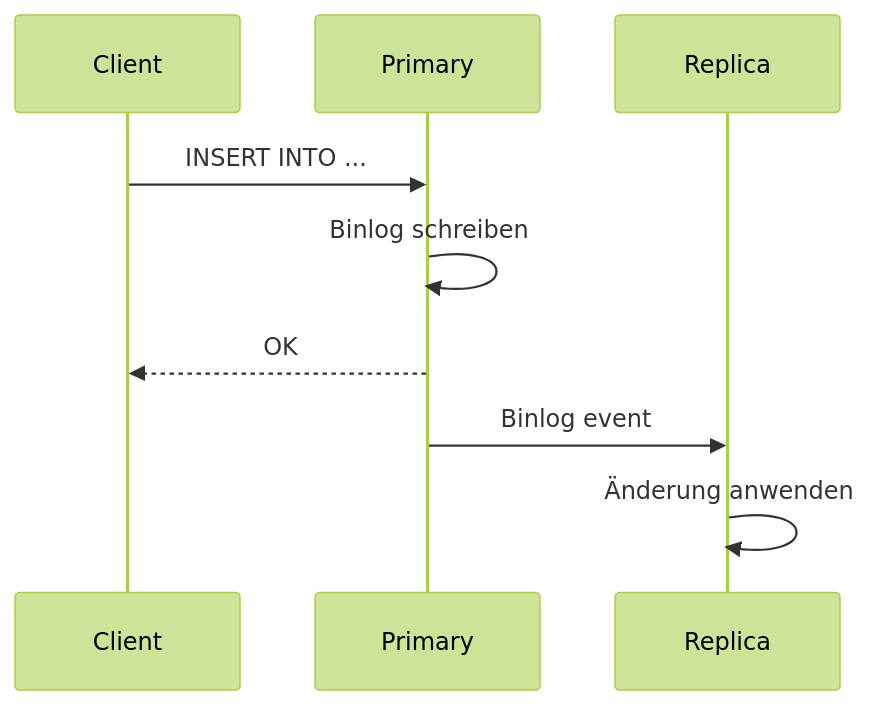
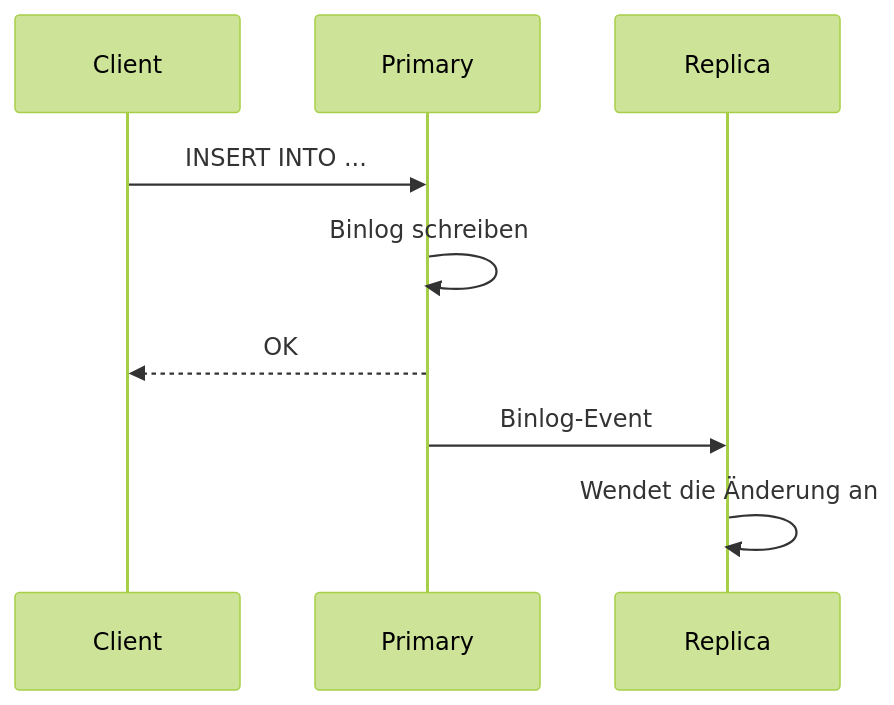
The second of 2 diagrams in i18n/de/docusaurus-plugin-content-docs/current/services/databases/mariadb/concepts.md (HidoraSwiss/hikube-public-doc), drawn with Mermaid (forest theme) before and after one commit. The commit also changed other lines of this file and 148 other files, not shown here.

````diff
--- a/i18n/de/docusaurus-plugin-content-docs/current/services/databases/mariadb/concepts.md
+++ b/i18n/de/docusaurus-plugin-content-docs/current/services/databases/mariadb/concepts.md
@@ -80,12 +62,12 @@
 ```mermaid
 sequenceDiagram
     participant Client
     participant Primary
     participant Replica
 
     Client->>Primary: INSERT INTO ...
     Primary->>Primary: Binlog schreiben
     Primary-->>Client: OK
-    Primary->>Replica: Binlog event
-    Replica->>Replica: Änderung anwenden
+    Primary->>Replica: Binlog-Event
+    Replica->>Replica: Wendet die Änderung an
 ```
````
